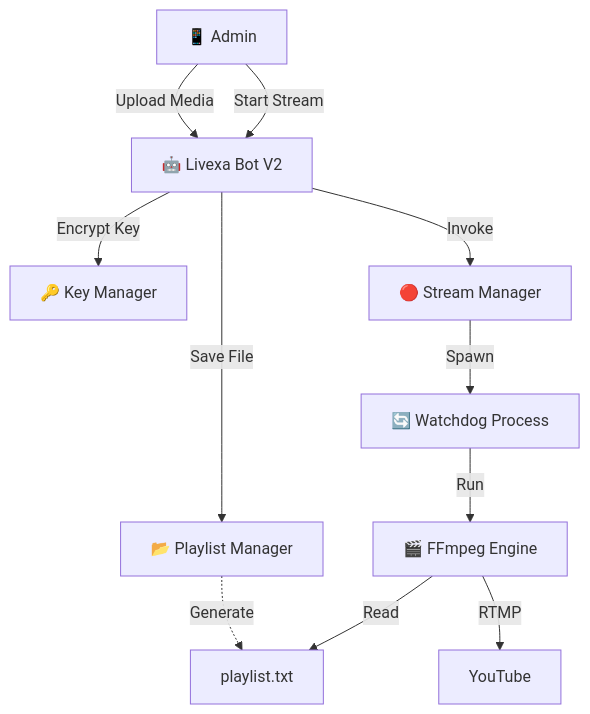
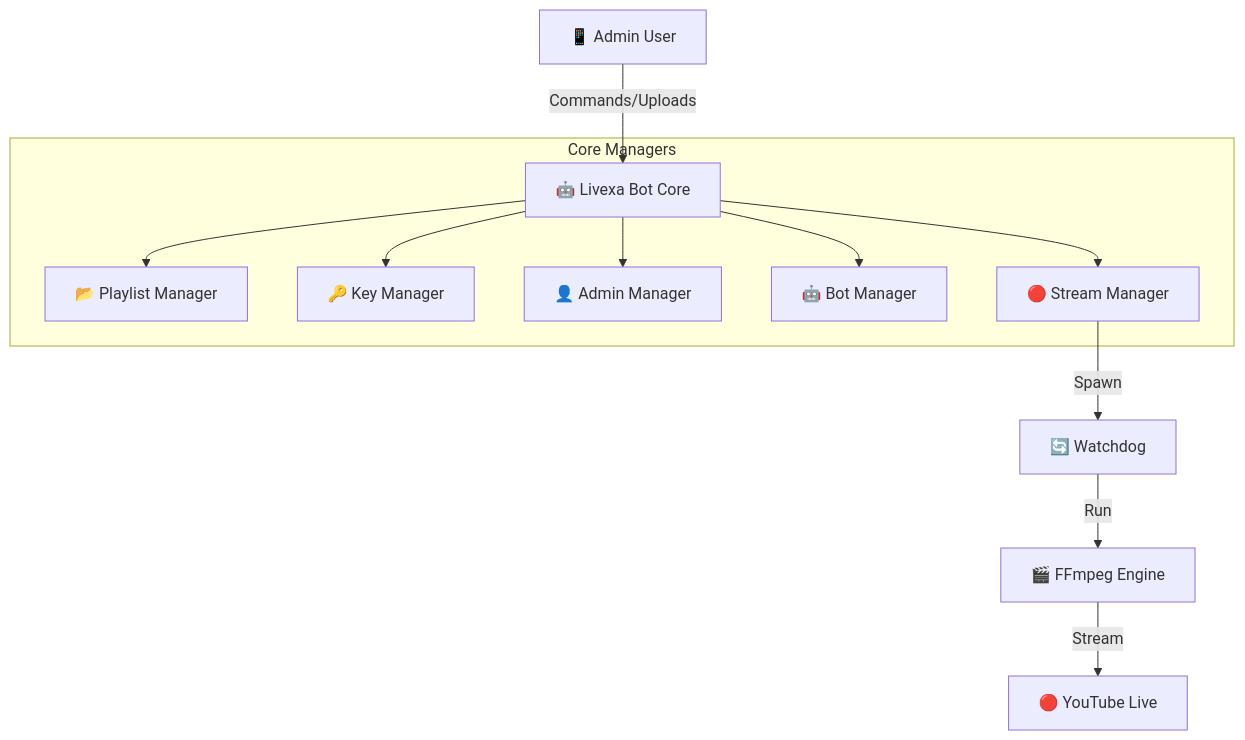
One commit to inyogeshwar/livexa-telegram-automation changed the diagram in README.md. Above: the diagram before and after it, drawn with Mermaid. The commit also changed other lines of this file and 5 other files, not shown here.

Commit message:
Upgrade: Livexa V3 - Zero-CLI, Core Rewrite, Single Msg UI

````diff
--- a/README.md
+++ b/README.md
@@ -62,16 +32,16 @@
 ```mermaid
 graph TD
-    User[📱 Admin] -->|Upload Media| Bot[🤖 Livexa Bot V2]
-    Bot -->|Save File| PM[📂 Playlist Manager]
-    Bot -->|Encrypt Key| KM[🔑 Key Manager]
+    Admin[📱 Admin User] -->|Commands/Uploads| Bot[🤖 Livexa Bot Core]
     
-    User -->|Start Stream| Bot
-    Bot -->|Invoke| SM[🔴 Stream Manager]
+    subgraph "Core Managers"
+    Bot --> PM[📂 Playlist Manager]
+    Bot --> KM[🔑 Key Manager]
+    Bot --> AM[👤 Admin Manager]
+    Bot --> BM[🤖 Bot Manager]
+    Bot --> SM[🔴 Stream Manager]
+    end
     
-    SM -->|Spawn| WD[🔄 Watchdog Process]
+    SM -->|Spawn| WD[🔄 Watchdog]
     WD -->|Run| FF[🎬 FFmpeg Engine]
-    
-    PM -.->|Generate| PL[playlist.txt]
-    FF -->|Read| PL
-    FF -->|RTMP| YouTube
+    FF -->|Stream| YouTube[🔴 YouTube Live]
 ```
````
